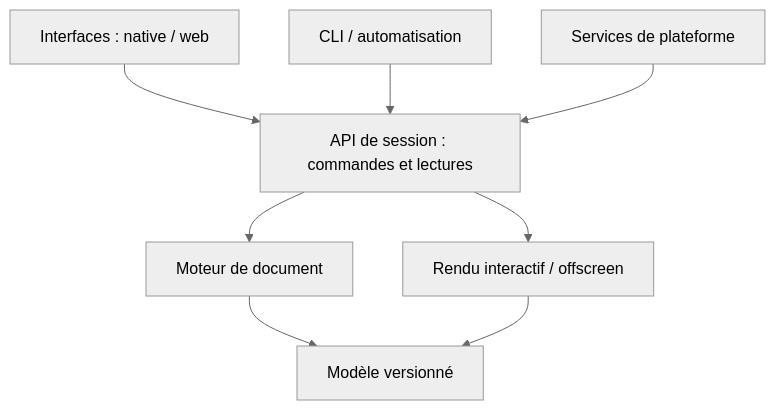
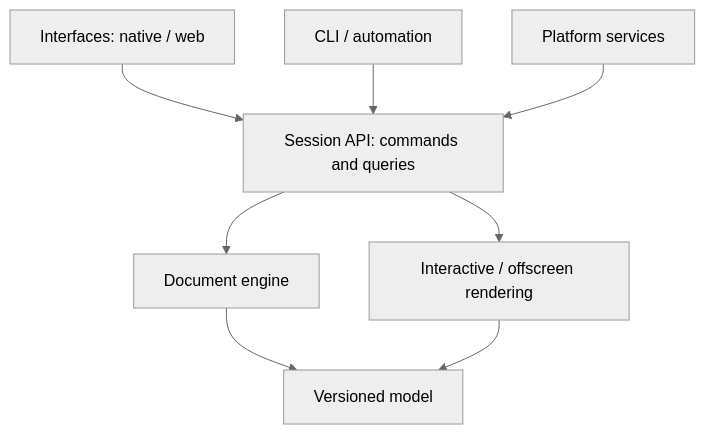
One commit to ExtraBinoss/MusArt changed the diagram in PLAN_UNIVERSEL_EDITEUR_CREATIF.md. Above: the diagram before and after it, drawn with Mermaid (neutral theme). The commit also changed other lines of this file and 15 other files, not shown here.

````diff
--- a/PLAN_UNIVERSEL_EDITEUR_CREATIF.md
+++ b/PLAN_UNIVERSEL_EDITEUR_CREATIF.md
@@ -65,10 +67,10 @@
 ```mermaid
 flowchart TB
-    UI["Interfaces : native / web"] --> API["API de session : commandes et lectures"]
-    AUTO["CLI / automatisation"] --> API
-    API --> ENGINE["Moteur de document"]
-    ENGINE --> MODEL["Modèle versionné"]
-    RENDER["Rendu interactif / offscreen"] --> MODEL
+    UI["Interfaces: native / web"] --> API["Session API: commands and queries"]
+    AUTO["CLI / automation"] --> API
+    API --> ENGINE["Document engine"]
+    ENGINE --> MODEL["Versioned model"]
+    RENDER["Interactive / offscreen rendering"] --> MODEL
     API --> RENDER
-    SERVICES["Services de plateforme"] --> API
+    SERVICES["Platform services"] --> API
 ```
````
